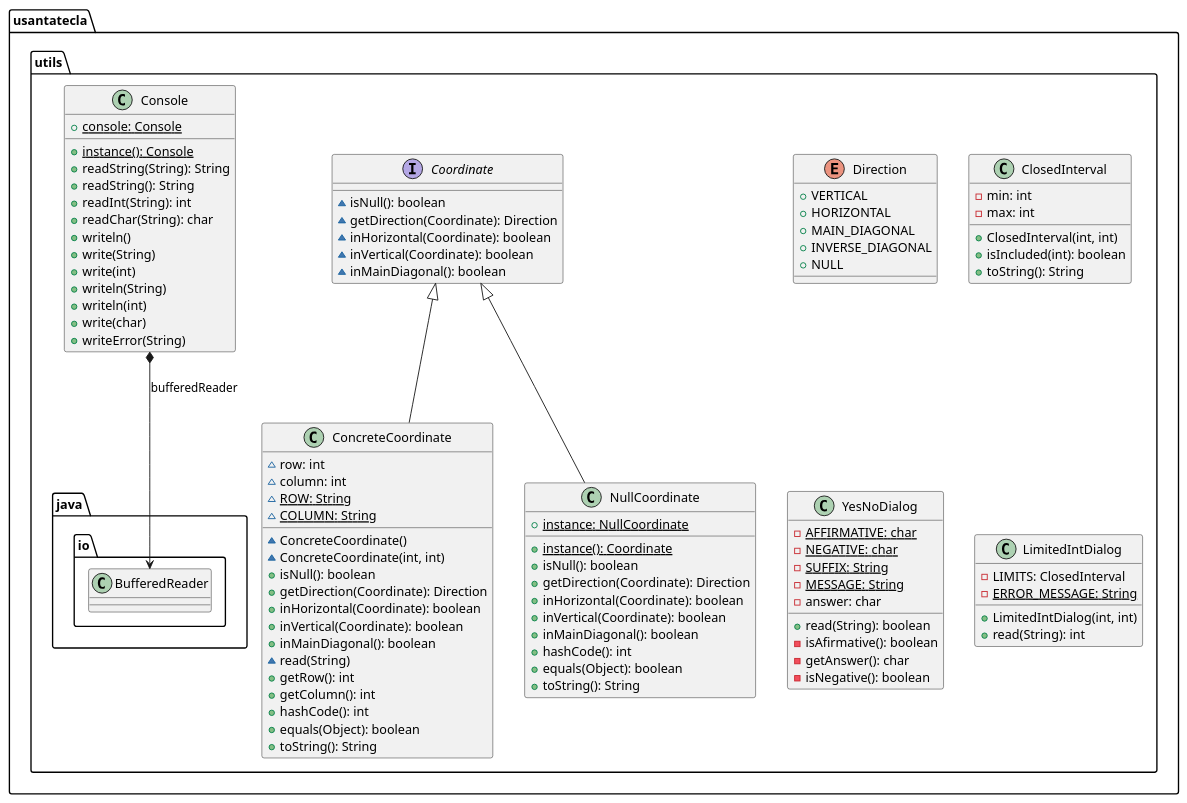
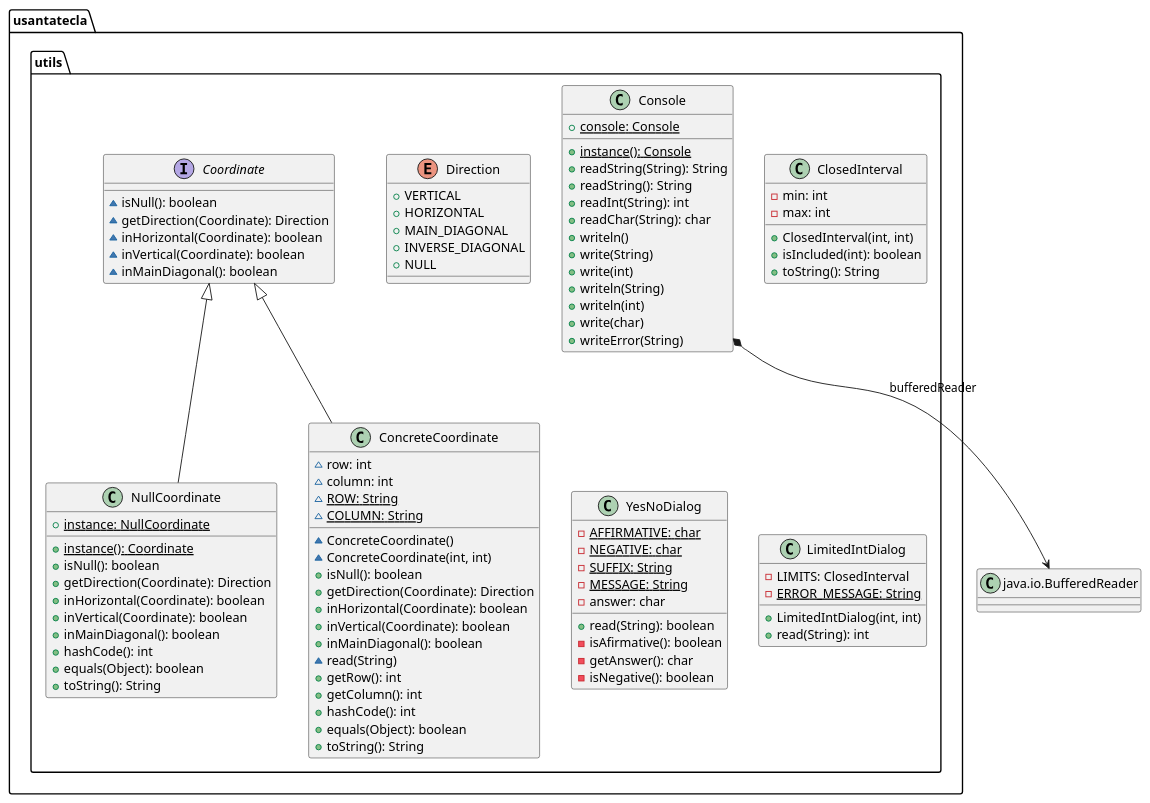
Before and after one commit to Jolucaa/USantaTecla-project-ticTacToe: the second of 2 diagrams in domainModel/docs/diagrams/src/paquetes.plantuml, drawn with PlantUML. The commit also changed 1 other file, not shown here.

Commit message:
DomainModel diagrams finished updated

```diff
--- a/domainModel/docs/diagrams/src/paquetes.plantuml
+++ b/domainModel/docs/diagrams/src/paquetes.plantuml
@@ -192,99 +192,105 @@
 @startuml utils
 namespace usantatecla.utils {
 
 interface Coordinate {
 	~ isNull(): boolean 
 	~ getDirection(Coordinate): Direction 
 	~ inHorizontal(Coordinate): boolean 
 	~ inVertical(Coordinate): boolean 
 	~ inMainDiagonal(): boolean 
 }
 
 class ConcreteCoordinate {
 	~ row: int 
 	~ column: int 
 	~ ROW: {static} String
 	~ COLUMN: {static} String
 	~ ConcreteCoordinate()
 	~ ConcreteCoordinate(int, int)
 	+ isNull(): boolean 
 	+ getDirection(Coordinate): Direction 
 	+ inHorizontal(Coordinate): boolean 
 	+ inVertical(Coordinate): boolean 
 	+ inMainDiagonal(): boolean 
 	~ read(String)
 	+ getRow(): int 
 	+ getColumn(): int
 	+ hashCode(): int
 	+ equals(Object): boolean 
 	+ toString(): String 
 }
 class NullCoordinate {
 	+ instance: {static} NullCoordinate 
 	+ {static} instance(): Coordinate 
 	+ isNull(): boolean 
 	+ getDirection(Coordinate): Direction 
 	+ inHorizontal(Coordinate): boolean 
 	+ inVertical(Coordinate): boolean
 	+ inMainDiagonal(): boolean
 	+ hashCode(): int 
 	+ equals(Object): boolean 
 	+ toString(): String 
 }
 
 enum Direction {
 	+ VERTICAL
 	+ HORIZONTAL
 	+ MAIN_DIAGONAL
 	+ INVERSE_DIAGONAL
 	+ NULL
 }
 
 class Console {
 	+ console: {static} Console 
 	+ instance(): {static} Console 
 	+ readString(String): String 
 	+ readString(): String 
 	+ readInt(String): int 
 	+ readChar(String): char 
 	+ writeln()
 	+ write(String)
 	+ write(int)
 	+ writeln(String)
 	+ writeln(int)
 	+ write(char)
 	+ writeError(String)
 }
 
 class ClosedInterval {
 	- min: int 
 	- max: int 
 	+ ClosedInterval(int, int)
 	+ isIncluded(int): boolean 
 	+ toString(): String 
 }
 
 class YesNoDialog {
 	- AFFIRMATIVE: {static} char 
 	- NEGATIVE: {static} char 
 	- SUFFIX: {static} String 
 	- MESSAGE: {static} String
 	- answer: char 
 	+ read(String): boolean 
 	- isAfirmative(): boolean 
 	- getAnswer(): char 
 	- isNegative(): boolean 
 }
 
 class LimitedIntDialog {
 	- LIMITS: ClosedInterval 
 	- ERROR_MESSAGE: {static} String 
 	+ LimitedIntDialog(int, int)
 	+ read(String): int 
 }
 
+
+
 Coordinate <|-down- ConcreteCoordinate
 Coordinate <|-down- NullCoordinate
-Console *-down-> java.io.BufferedReader : bufferedReader
+
 }
+class BufferedReader as "java.io.BufferedReader"{
+	
+}
+usantatecla.utils.Console *-down-> BufferedReader : bufferedReader
 @enduml
```
